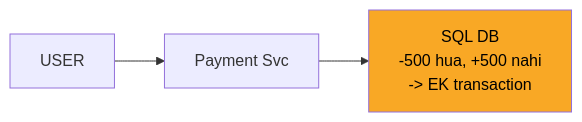
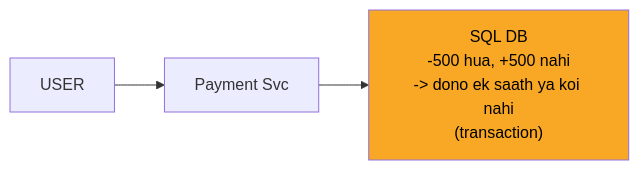
Before and after one commit to ArpanMaheshwari144/Prep: the second of 12 diagrams in 04_HLD/SYSTEM_DESIGNS/06_payment_system/06_payment_system.md, drawn with Mermaid. The commit also changed other lines of this file and 13 other files, not shown here.

````diff
--- a/04_HLD/SYSTEM_DESIGNS/06_payment_system/06_payment_system.md
+++ b/04_HLD/SYSTEM_DESIGNS/06_payment_system/06_payment_system.md
@@ -120,9 +120,9 @@
 ```mermaid
 flowchart LR
     n_USER["USER"]
     n_Payment_Svc["Payment Svc"]
-    n_DB["SQL DB<br/>-500 hua, +500 nahi<br/>-> EK transaction"]
+    n_DB["SQL DB<br/>-500 hua, +500 nahi<br/>-> dono ek saath ya koi nahi<br/>(transaction)"]
     n_USER --> n_Payment_Svc
     n_Payment_Svc --> n_DB
     style n_DB fill:#f9a825,color:#000
 ```
````
